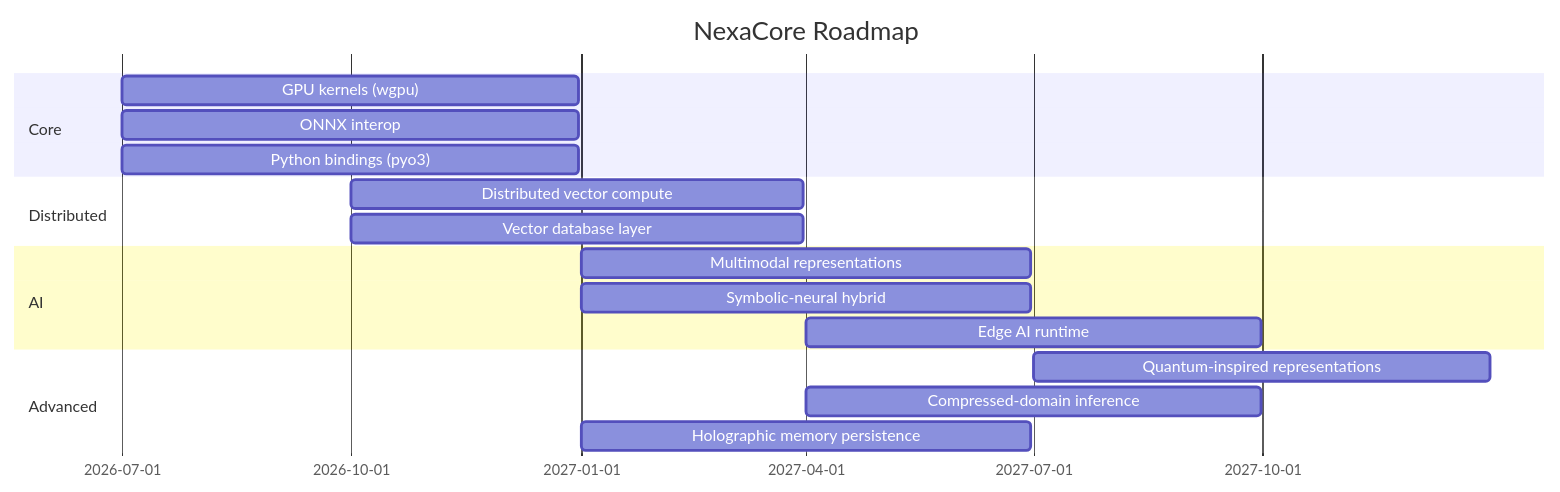
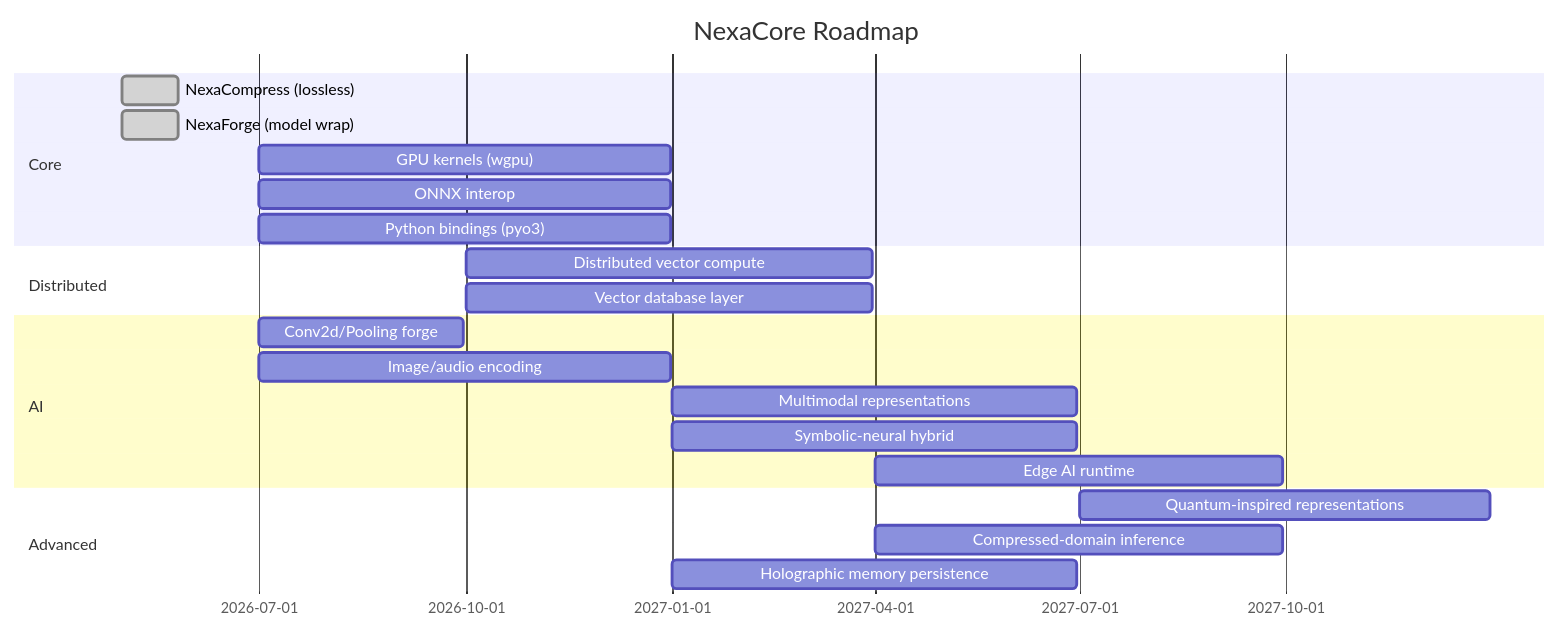
One commit to yablokolabs/nexa-core changed the tenth of 10 diagrams in README.md. Above: the diagram before and after it, drawn with Mermaid. The commit also changed other lines of this file and 9 other files, not shown here.

First line of the commit message:
feat: add NexaCompress and NexaForge crates

````diff
--- a/README.md
+++ b/README.md
@@ -682,20 +913,24 @@
 ```mermaid
 gantt
     title NexaCore Roadmap
     dateFormat YYYY-MM-DD
     section Core
+    NexaCompress (lossless)  :done, 2026-05-01, 2026-05-26
+    NexaForge (model wrap)   :done, 2026-05-01, 2026-05-26
     GPU kernels (wgpu)       :2026-07-01, 2026-12-31
     ONNX interop             :2026-07-01, 2026-12-31
     Python bindings (pyo3)   :2026-07-01, 2026-12-31
     section Distributed
     Distributed vector compute :2026-10-01, 2027-03-31
     Vector database layer    :2026-10-01, 2027-03-31
     section AI
+    Conv2d/Pooling forge     :2026-07-01, 2026-09-30
+    Image/audio encoding     :2026-07-01, 2026-12-31
     Multimodal representations :2027-01-01, 2027-06-30
     Symbolic-neural hybrid   :2027-01-01, 2027-06-30
     Edge AI runtime          :2027-04-01, 2027-09-30
     section Advanced
     Quantum-inspired representations :2027-07-01, 2027-12-31
     Compressed-domain inference      :2027-04-01, 2027-09-30
     Holographic memory persistence   :2027-01-01, 2027-06-30
 ```
````
